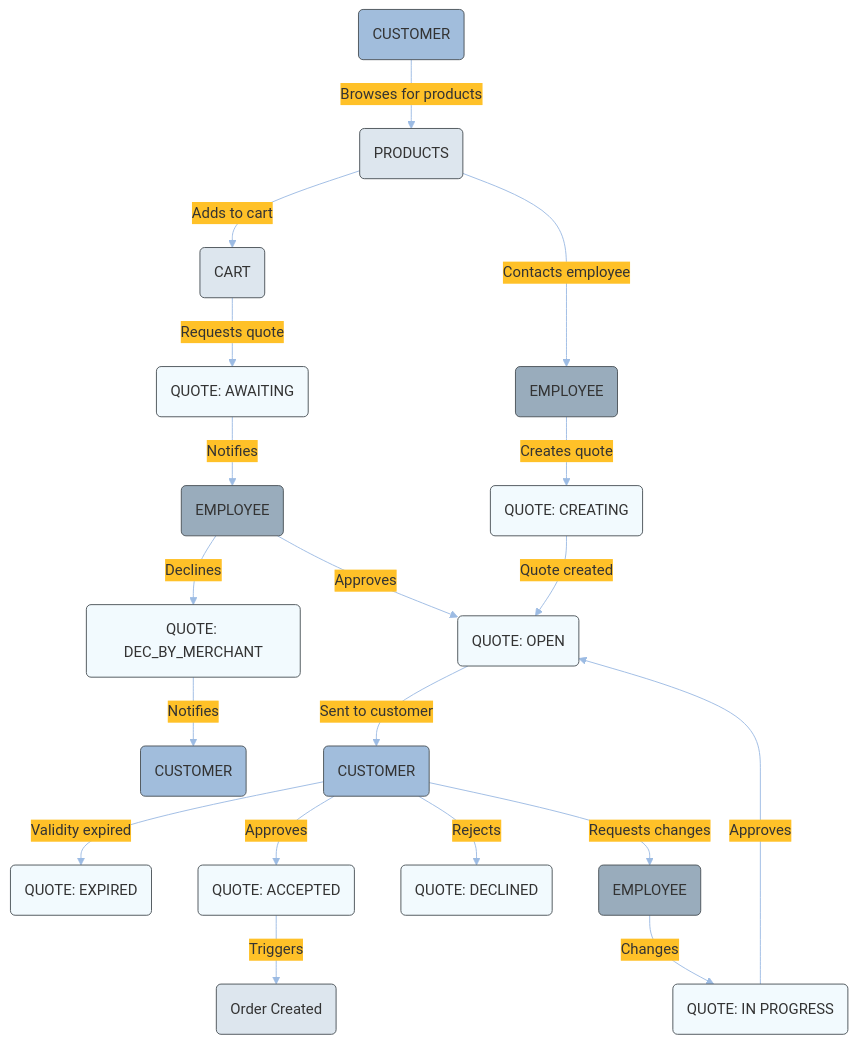
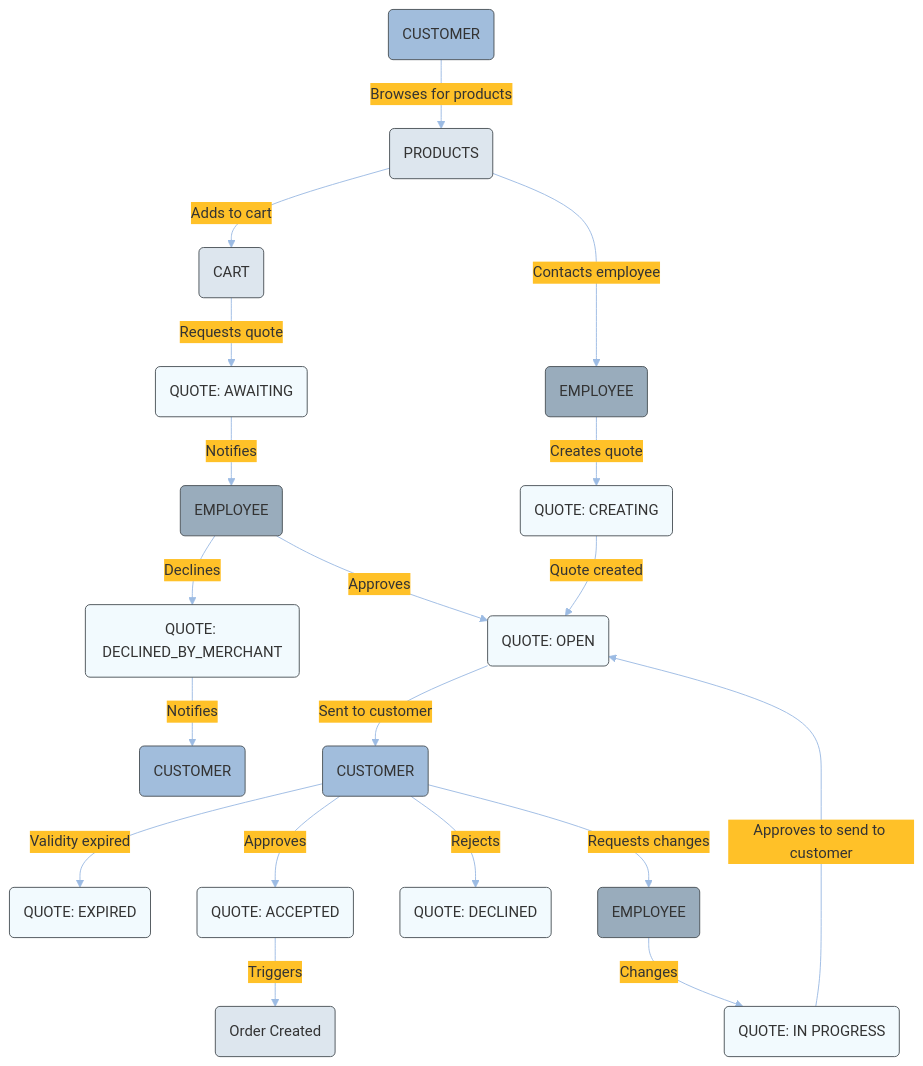
Before and after one commit to emporix/api-references: the diagram in quotes/quote/quote.md, drawn with Mermaid. The commit also changed other lines of this file and 2 other files, not shown here.

````diff
--- a/quotes/quote/quote.md
+++ b/quotes/quote/quote.md
@@ -65,66 +65,66 @@
 ```mermaid
 ---
 config:
   layout: fixed
   theme: base
   look: classic
   themeVariables:
     background: transparent
     lineColor: "#9CBBE3"
     arrowheadColor: "#9CBBE3"
     edgeLabelBackground: "#FFC128" 
     edgeLabelTextColor: "#4C5359"
     actorBorder: '#4C5359'
 ---
 graph TD
     CUSTOMER1(CUSTOMER)
     PRODUCTS(PRODUCTS)
     
     CUSTOMER1 -->|Browses for products| PRODUCTS
     
     PRODUCTS -->|Adds to cart| CART(CART)    
     PRODUCTS -->|Contacts employee| EMPLOYEE1(EMPLOYEE)
     
     EMPLOYEE1 -->|Creates quote| CREATING(QUOTE: CREATING)
     CART -->|Requests quote| QUOTE_REQUEST(QUOTE: AWAITING)
     
     QUOTE_REQUEST -->|Notifies| EMPLOYEE2(EMPLOYEE)
     
     CREATING -->|Quote created| OPEN(QUOTE: OPEN)
     
-    IN_PROGRESS -->|Approves| OPEN   
-    EMPLOYEE2 -->|Declines| DECLINED_MERCHANT(QUOTE: DEC_BY_MERCHANT) 
+    IN_PROGRESS -->|Approves to send to customer| OPEN   
+    EMPLOYEE2 -->|Declines| DECLINED_MERCHANT(QUOTE: DECLINED_BY_MERCHANT) 
     EMPLOYEE2 -->|Approves| OPEN
     
     DECLINED_MERCHANT -->|Notifies| CUSTOMER3(CUSTOMER)
 
     CUSTOMER2 -->|Validity expired| EXPIRED(QUOTE: EXPIRED)
     
     OPEN -->|Sent to customer| CUSTOMER2(CUSTOMER)
     
     CUSTOMER2 -->|Approves| ACCEPTED(QUOTE: ACCEPTED)
     CUSTOMER2 -->|Rejects| DECLINED(QUOTE: DECLINED)
     CUSTOMER2 -->|Requests changes| EMPLOYEE3(EMPLOYEE)
     EMPLOYEE3 -->|Changes| IN_PROGRESS(QUOTE: IN PROGRESS)
     
     ACCEPTED -->|Triggers| ORDER(Order Created)
     
     style CREATING fill:#F2FAFE, stroke:#4C5359
     style OPEN fill:#F2FAFE, stroke:#4C5359
     style IN_PROGRESS fill:#F2FAFE, stroke:#4C5359
     style ACCEPTED fill:#F2FAFE, stroke:#4C5359
     style DECLINED fill:#F2FAFE, stroke:#4C5359
     style DECLINED_MERCHANT fill:#F2FAFE, stroke:#4C5359
     style EXPIRED fill:#F2FAFE, stroke:#4C5359
 
     style CUSTOMER1 fill:#A1BDDC, stroke:#4C5359
     style CUSTOMER2 fill:#A1BDDC, stroke:#4C5359
     style CUSTOMER3 fill:#A1BDDC, stroke:#4C5359
     style EMPLOYEE1 fill:#99ACBC, stroke:#4C5359
     style EMPLOYEE2 fill:#99ACBC, stroke:#4C5359
     style EMPLOYEE3 fill:#99ACBC, stroke:#4C5359
     style CART fill:#DDE6EE, stroke:#4C5359
     style PRODUCTS fill:#DDE6EE, stroke:#4C5359
     style QUOTE_REQUEST fill:#F2FAFE, stroke:#4C5359
     style ORDER fill:#DDE6EE, stroke:#4C5359
 ```
````
